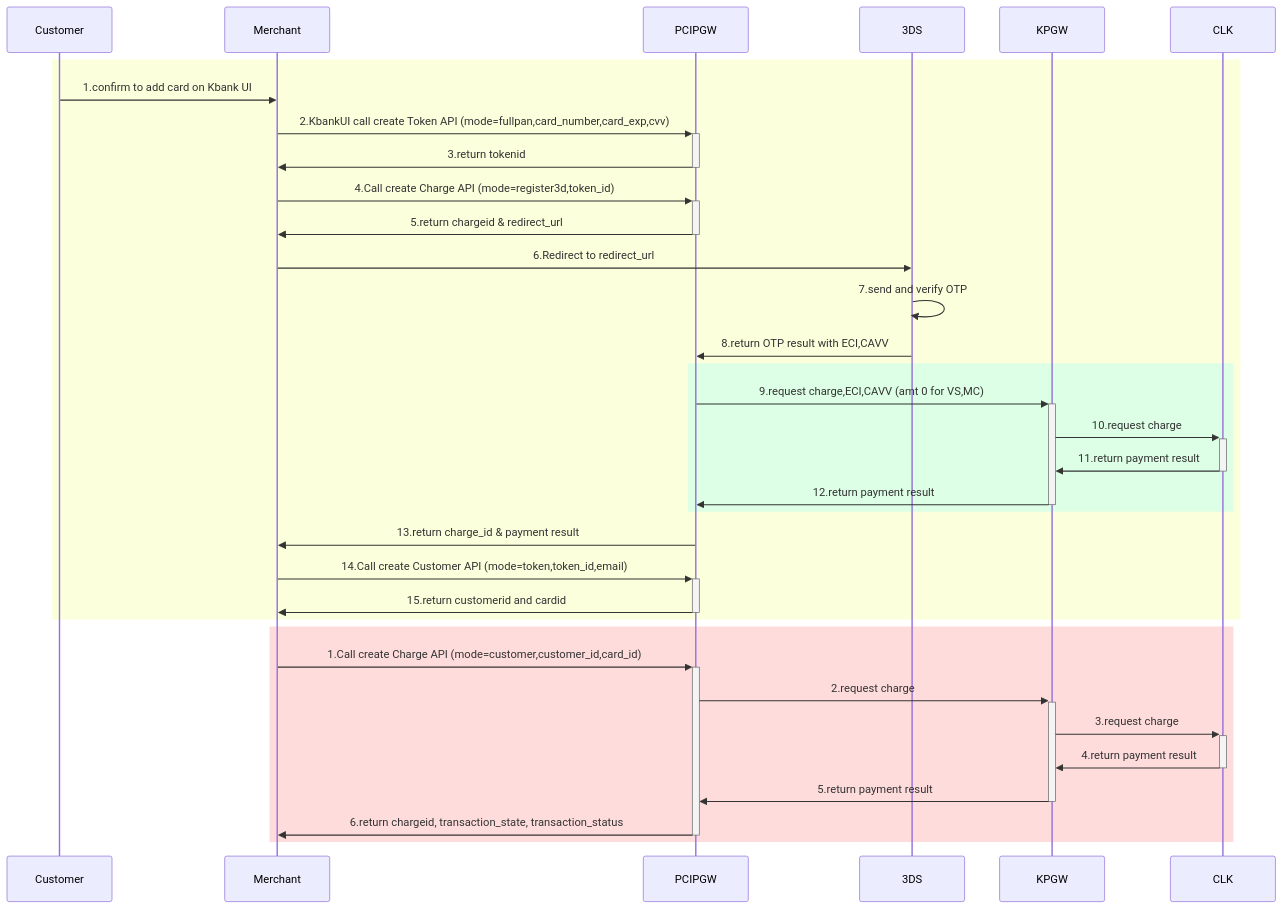
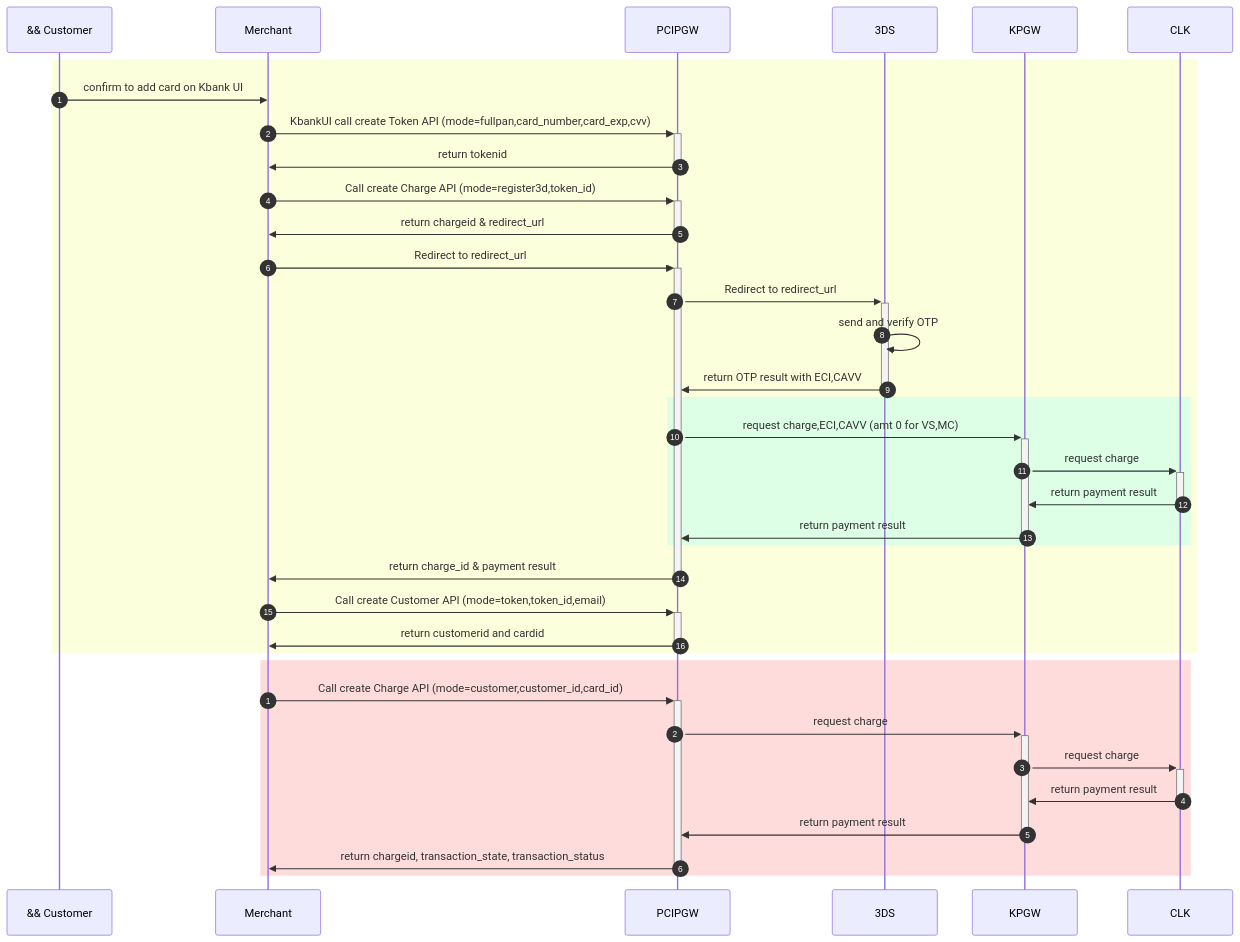
The third of 6 diagrams in Cybs-Ph2-Flow1.md (yuusuke25/MyNotes), drawn with Mermaid before and after one commit. The commit also changed other lines of this file, not shown here.

````diff
--- a/Cybs-Ph2-Flow1.md
+++ b/Cybs-Ph2-Flow1.md
@@ -78,36 +82,38 @@
 ```mermaid
     sequenceDiagram
+        autonumber 1
         rect rgb(252, 255, 220)
-            Customer->>Merchant:1.confirm to add card on Kbank UI
-            Merchant->>+PCIPGW:2.KbankUI call create Token API (mode=fullpan,card_number,card_exp,cvv)
-            PCIPGW->>-Merchant:3.return tokenid
+            && Customer->>Merchant:confirm to add card on Kbank UI
+            Merchant->>+PCIPGW:KbankUI call create Token API (mode=fullpan,card_number,card_exp,cvv)
+            PCIPGW->>-Merchant:return tokenid
 
-            Merchant->>+PCIPGW:4.Call create Charge API (mode=register3d,token_id)
-            PCIPGW->>-Merchant:5.return chargeid & redirect_url
+            Merchant->>+PCIPGW:Call create Charge API (mode=register3d,token_id)
+            PCIPGW->>-Merchant:return chargeid & redirect_url
 
-            Merchant->>3DS:6.Redirect to redirect_url
-            3DS->>3DS:7.send and verify OTP
-            3DS->>PCIPGW:8.return OTP result with ECI,CAVV
+            Merchant->>+PCIPGW:Redirect to redirect_url
+            PCIPGW->>+3DS:Redirect to redirect_url
+            3DS->>3DS:send and verify OTP
+            3DS->>-PCIPGW:return OTP result with ECI,CAVV
 
             rect rgb(220, 255, 229)
-                PCIPGW->>+KPGW:9.request charge,ECI,CAVV (amt 0 for VS,MC)
-                KPGW->>+CLK:10.request charge
-                CLK->>-KPGW:11.return payment result
-                KPGW->>-PCIPGW:12.return payment result
+                PCIPGW->>+KPGW:request charge,ECI,CAVV (amt 0 for VS,MC)
+                KPGW->>+CLK:request charge
+                CLK->>-KPGW:return payment result
+                KPGW->>-PCIPGW:return payment result
             end
 
-            PCIPGW->>Merchant:13.return charge_id & payment result
+            PCIPGW->>-Merchant:return charge_id & payment result
 
-            Merchant->>+PCIPGW:14.Call create Customer API (mode=token,token_id,email)
-            PCIPGW->>-Merchant:15.return customerid and cardid
+            Merchant->>+PCIPGW:Call create Customer API (mode=token,token_id,email)
+            PCIPGW->>-Merchant:return customerid and cardid
         end
-        
+        autonumber 1
         rect rgb(255, 220, 220)
-            Merchant->>+PCIPGW:1.Call create Charge API (mode=customer,customer_id,card_id)
-                PCIPGW->>+KPGW:2.request charge
-                KPGW->>+CLK:3.request charge
-                CLK->>-KPGW:4.return payment result
-                KPGW->>-PCIPGW:5.return payment result
-            PCIPGW->>-Merchant:6.return chargeid, transaction_state, transaction_status
+            Merchant->>+PCIPGW:Call create Charge API (mode=customer,customer_id,card_id)
+                PCIPGW->>+KPGW:request charge
+                KPGW->>+CLK:request charge
+                CLK->>-KPGW:return payment result
+                KPGW->>-PCIPGW:return payment result
+            PCIPGW->>-Merchant:return chargeid, transaction_state, transaction_status
         end
 ```
````
